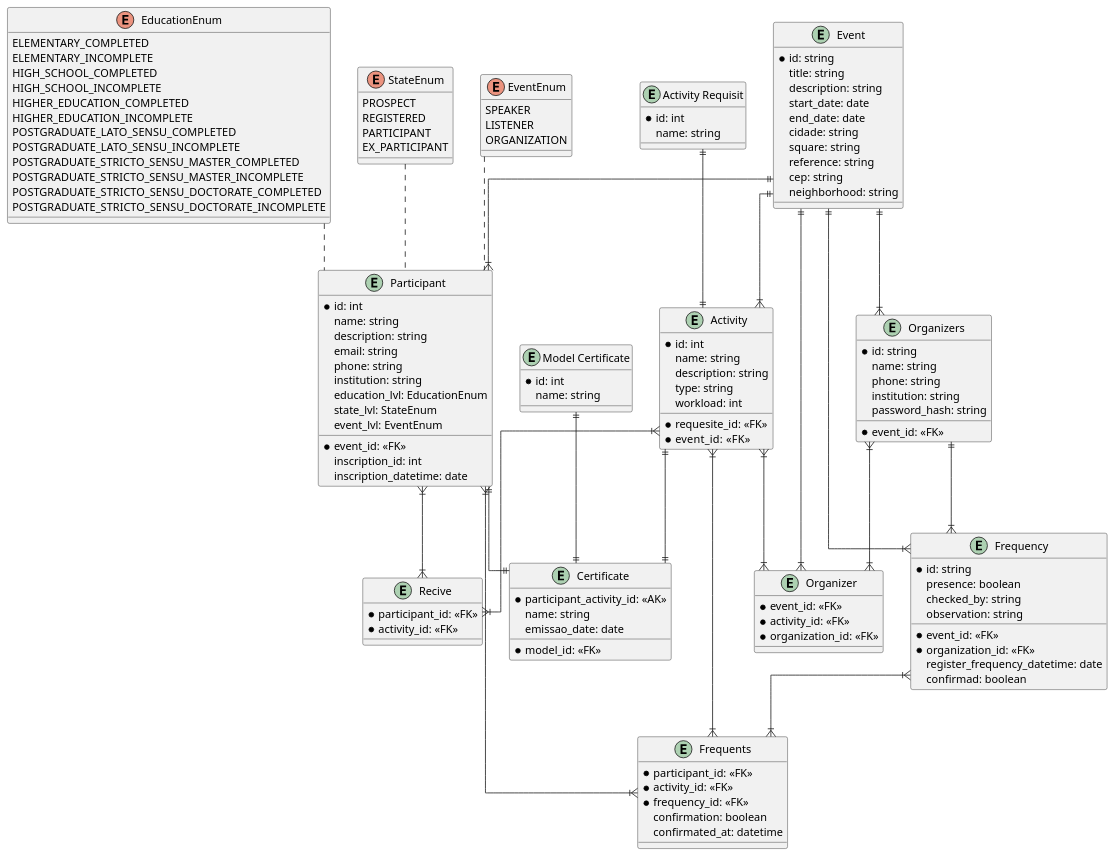
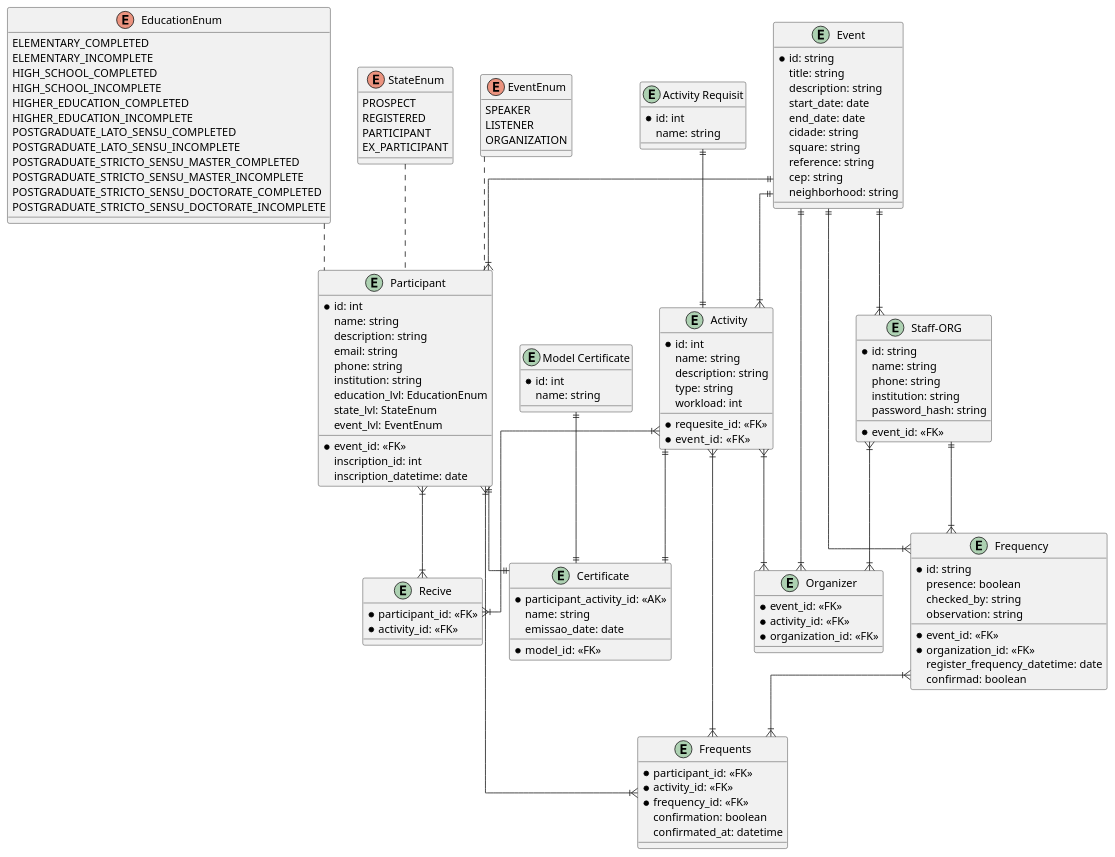
Before and after one commit to FabioThierry/eventos-academicos-api: the diagram in prisma/db_LogicalDiagram_IED.plantuml, drawn with PlantUML. The commit also changed 4 other files, not shown here.

```diff
--- a/prisma/db_LogicalDiagram_IED.plantuml
+++ b/prisma/db_LogicalDiagram_IED.plantuml
@@ -1,184 +1,184 @@
 @startuml seminario
 
 skinparam linetype ortho
 entity "Event" as Event {
   *id: string 
   title: string
   description: string
   start_date: date
   end_date: date
   cidade: string
   square: string
   reference: string
   cep: string
   neighborhood: string
 }
 
 entity "Participant" as Participant {
   *id: int 
   name: string
   description: string
   email: string
   phone: string
   institution: string
   education_lvl: EducationEnum
   state_lvl: StateEnum
   event_lvl: EventEnum
   __
   *event_id: <<FK>>
   inscription_id: int
   inscription_datetime: date 
 }
 
 enum EducationEnum{
   ELEMENTARY_COMPLETED
   ELEMENTARY_INCOMPLETE
   HIGH_SCHOOL_COMPLETED
   HIGH_SCHOOL_INCOMPLETE
   HIGHER_EDUCATION_COMPLETED
   HIGHER_EDUCATION_INCOMPLETE
   POSTGRADUATE_LATO_SENSU_COMPLETED
   POSTGRADUATE_LATO_SENSU_INCOMPLETE
   POSTGRADUATE_STRICTO_SENSU_MASTER_COMPLETED
   POSTGRADUATE_STRICTO_SENSU_MASTER_INCOMPLETE
   POSTGRADUATE_STRICTO_SENSU_DOCTORATE_COMPLETED
   POSTGRADUATE_STRICTO_SENSU_DOCTORATE_INCOMPLETE
 }
 enum StateEnum{
   PROSPECT
   REGISTERED
   PARTICIPANT
   EX_PARTICIPANT
 }
 enum EventEnum{
   SPEAKER
   LISTENER
   ORGANIZATION
 }
 
-entity "Organizers" as ORG{
+entity "Staff-ORG" as ORG{
   *id: string
   name: string
   phone: string
   institution: string
   password_hash: string
   __
   *event_id: <<FK>>
 }
 
 entity "Frequency" as Frequency{
   *id: string
   presence: boolean
   checked_by: string
   observation: string
   __
   *event_id: <<FK>>
   *organization_id: <<FK>>
   register_frequency_datetime: date
   confirmad: boolean
 }
 
 entity "Activity" as Activity{
   *id: int
   name: string
   description: string
   type: string
   workload: int
   __
   *requesite_id: <<FK>>
   *event_id:  <<FK>> 
 }
 
 entity "Activity Requisit" as ActivityRequisit{
   *id: int
   name: string
 }
 
 entity "Certificate" as Certificate{
   *participant_activity_id: <<AK>> 
   name: string
   emissao_date: date
   __
   * model_id: <<FK>>
 }
 entity "Model Certificate" as ModelCertificate{
   *id: int
   name: string
 }
 
 
 
 
 
 entity "Organizer" as Organizer {
   *event_id: <<FK>>
   *activity_id: <<FK>>
   *organization_id: <<FK>>
 }
 entity "Frequents" as Frequents {
   *participant_id: <<FK>>
   *activity_id: <<FK>>
   *frequency_id: <<FK>>
   confirmation: boolean
   confirmated_at: datetime
 }
 entity "Recive" as Recive {
   *participant_id: <<FK>>
   *activity_id: <<FK>>
 }
 
 /'Event::id ||--|{ Participant::event_id
 Event::id ||--|{ Frequency::event_id
 Event::id ||--|{ Activity::event_id
 Event::id ||--|{ ORG::event_id
 Event::id ||--|{ Organizer::event_id
 
 Participant::id }|--|{ Frequents::participant_id
 Participant::id }|--|{ Recive::participant_id
 
 ORG::id }|--|{ Organizer::organization_id
 ORG::id ||--|{ Frequency::organization_id
 
 Frequency::id }|--|{ Frequents::frequency_id
 
 Activity::id }|--|{ Frequents::activity_id
 Activity::id }|--|{ Organizer::activity_id
 Activity::id }|--|{ Recive::activity_id
 
 ActivityRequisit::id ||--|| Activity::requesit_id
 ModelCertificate::id ||--|| Certificate::model_id
 
 Participant::id ||--|| Certificate::id_parti_ativ
 Activity::id ||--|| Certificate::id_parti_ativ'/
 
 EducationEnum .. Participant
 StateEnum .. Participant
 EventEnum .. Participant
 
 Event ||--|{ Participant
 Event ||--|{ Frequency
 Event ||--|{ Activity
 Event ||--|{ ORG
 Event ||--|{ Organizer
 
 Participant }|--|{ Frequents
 Participant }|--|{ Recive
 
 ORG }|--|{ Organizer
 ORG ||--|{ Frequency
 
 Frequency }|--|{ Frequents
 
 Activity }|--|{ Frequents
 Activity }|--|{ Organizer
 Activity }|--|{ Recive
 
 ActivityRequisit ||--|| Activity
 ModelCertificate ||--|| Certificate
 
 Participant ||--|| Certificate
 Activity ||--|| Certificate
 
 
 
 @enduml
```
